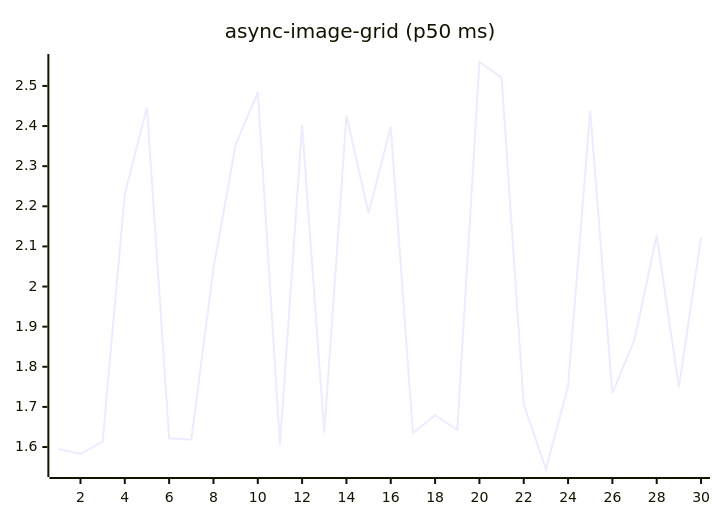
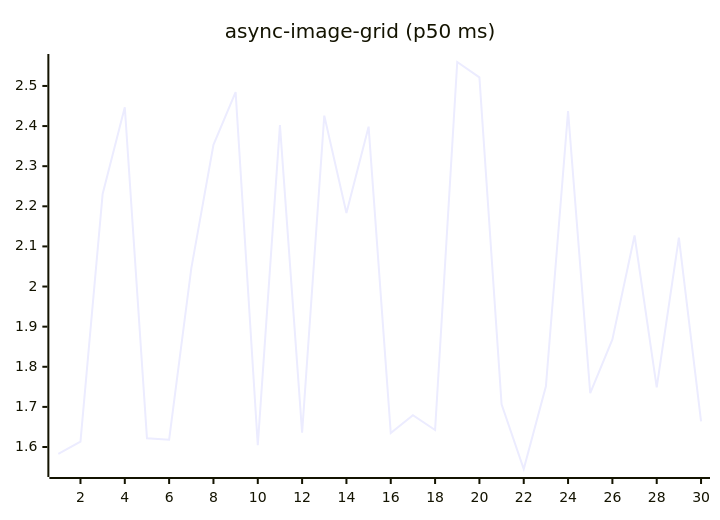
Before and after one commit to josha/Facet: the fifth of 27 diagrams in README.md, drawn with Mermaid. The commit also changed other lines of this file and 2 other files, not shown here.

````diff
--- a/README.md
+++ b/README.md
@@ -91,6 +91,6 @@
 ```mermaid
 xychart-beta
     title "async-image-grid (p50 ms)"
     x-axis 1 --> 30
-    line [1.5954, 1.5829, 1.6137, 2.2308, 2.4470, 1.6216, 1.6184, 2.0452, 2.3531, 2.4847, 1.6045, 2.4025, 1.6357, 2.4260, 2.1835, 2.3985, 1.6346, 1.6792, 1.6424, 2.5597, 2.5214, 1.7066, 1.5452, 1.7512, 2.4372, 1.7341, 1.8684, 2.1272, 1.7487, 2.1221]
+    line [1.5829, 1.6137, 2.2308, 2.4470, 1.6216, 1.6184, 2.0452, 2.3531, 2.4847, 1.6045, 2.4025, 1.6357, 2.4260, 2.1835, 2.3985, 1.6346, 1.6792, 1.6424, 2.5597, 2.5214, 1.7066, 1.5452, 1.7512, 2.4372, 1.7341, 1.8684, 2.1272, 1.7487, 2.1221, 1.6642]
 ```
````
